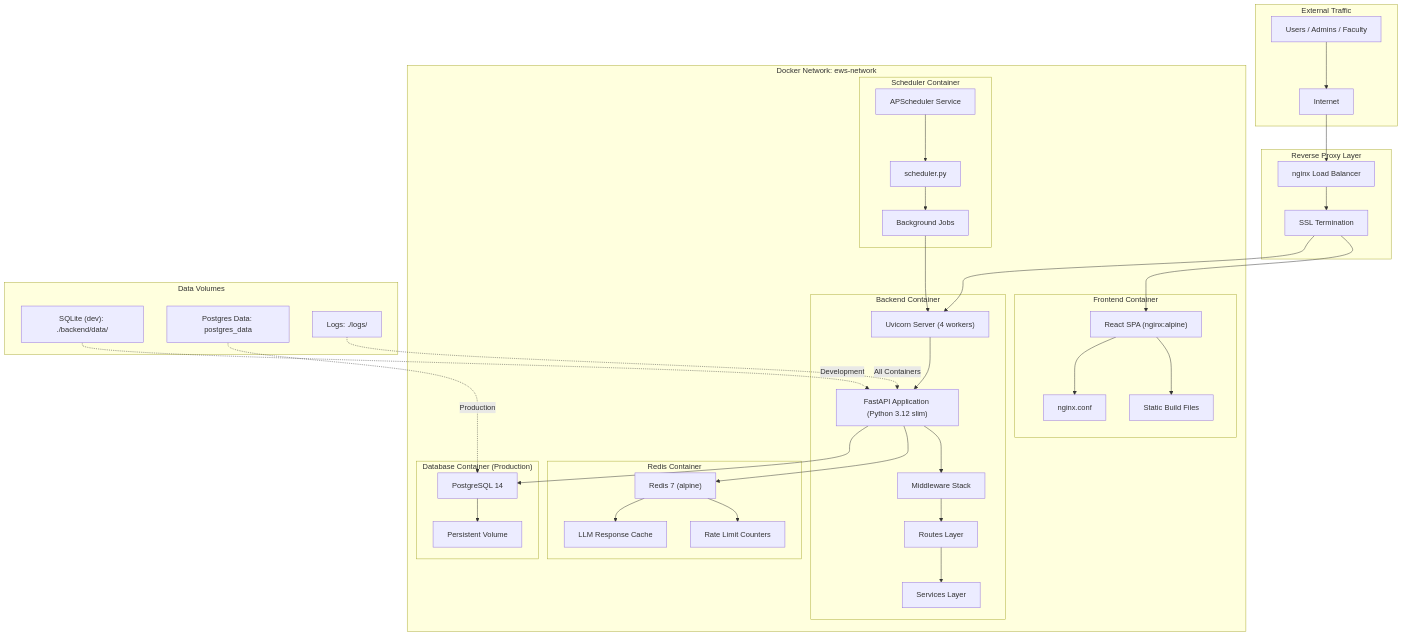
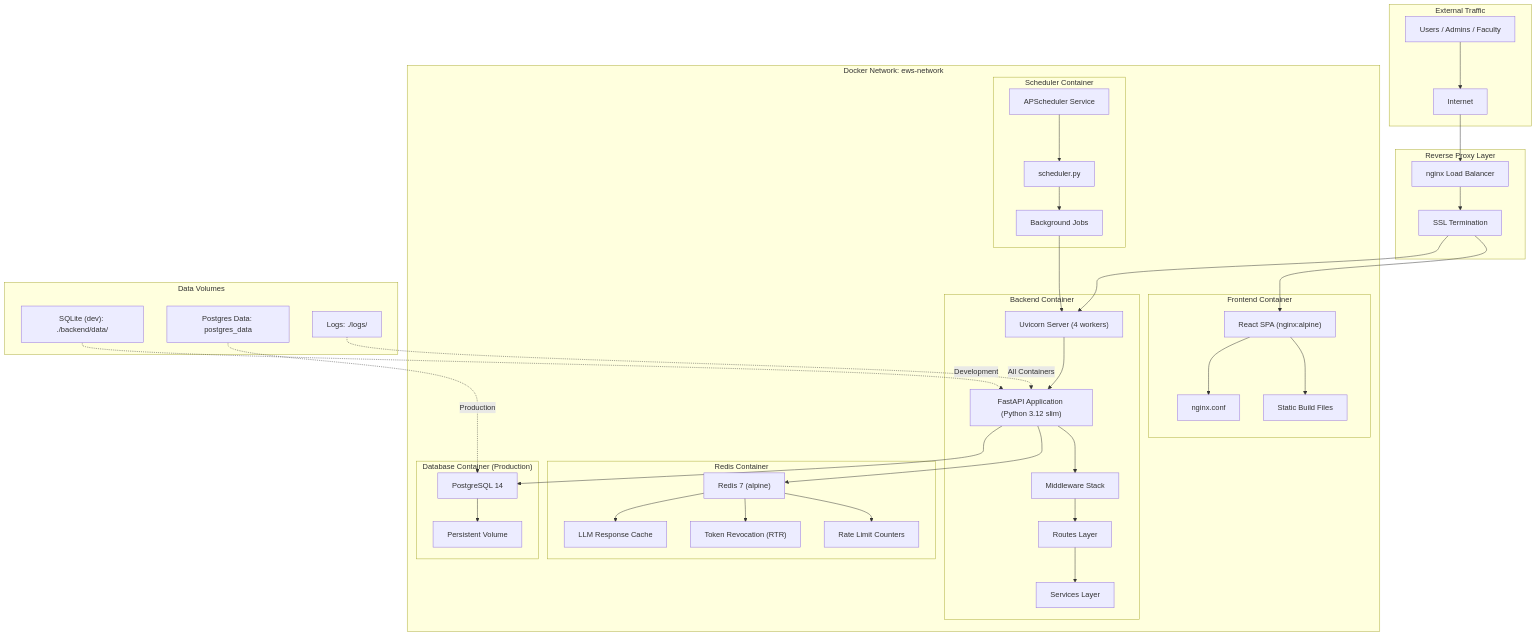
The fourth of 4 diagrams in README.md (bishesh-droid/ews-retention-platform), drawn with Mermaid before and after one commit. The commit also changed other lines of this file and 43 other files, not shown here.

```diff
--- a/README.md
+++ b/README.md
@@ -519,6 +526,7 @@
         subgraph RedisContainer["Redis Container"]
             RedisServer["Redis 7 (alpine)"]
             RateLimitStore["Rate Limit Counters"]
+            TokenRevocation["Token Revocation (RTR)"]
             LLMCache["LLM Response Cache"]
         end
 
@@ -556,6 +564,7 @@
     BackgroundJobs --> Uvicorn
 
     RedisServer --> RateLimitStore
+    RedisServer --> TokenRevocation
     RedisServer --> LLMCache
 
     Postgres --> DataVolume
```
